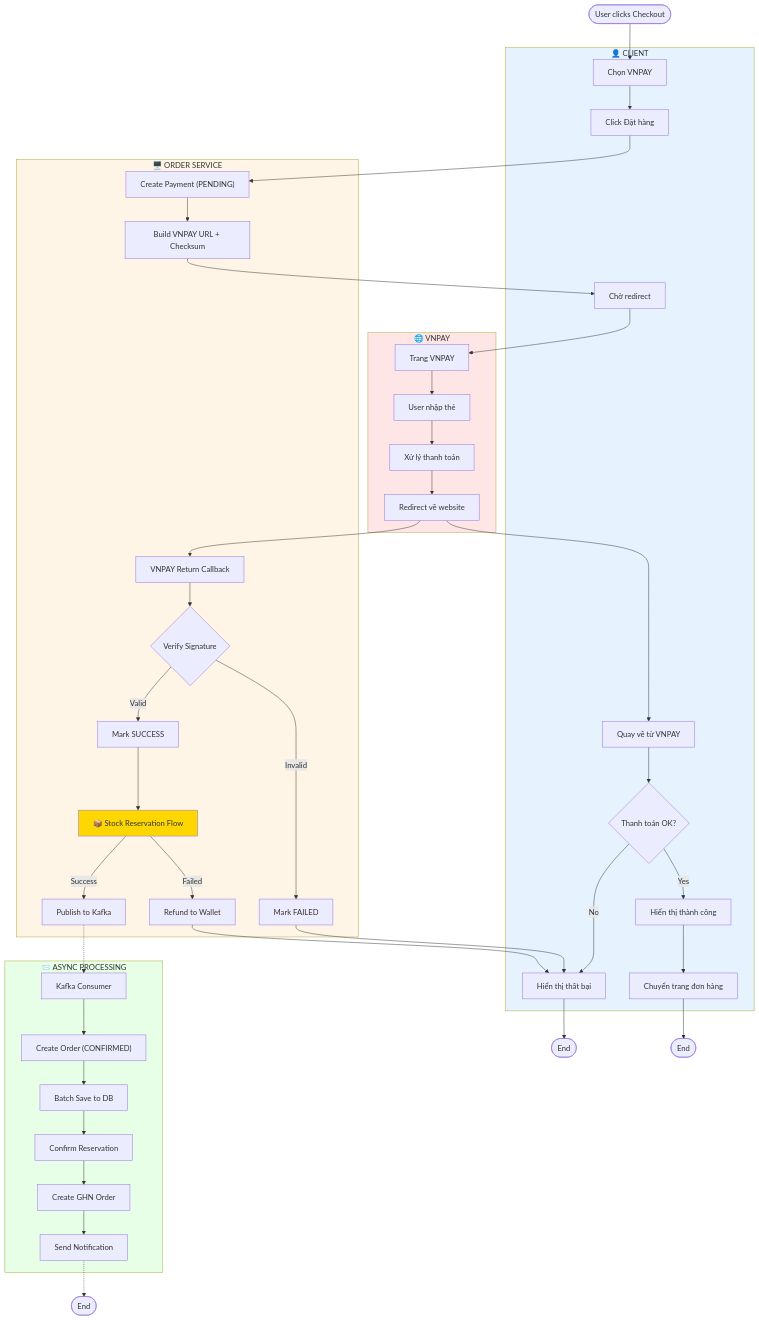
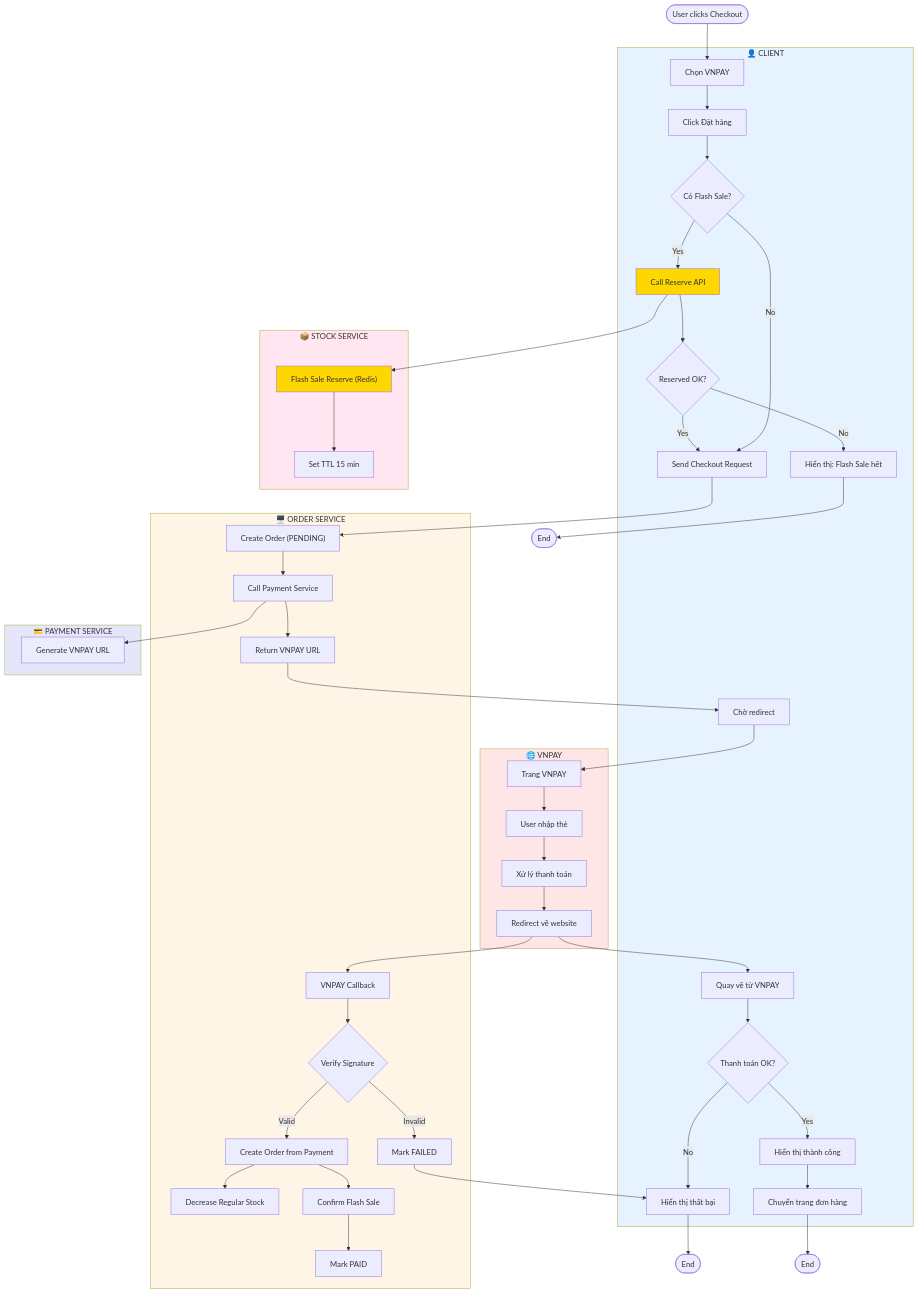
One commit to ThuanNgcodelor/VibeX-E-Commerce changed the second of 6 diagrams in documents/activity/CHECKOUT_ACTIVITY.md. Above: the diagram before and after it, drawn with Mermaid. The commit also changed other lines of this file and 20 other files, not shown here.

First line of the commit message:
Update FlashSale

````diff
--- a/documents/activity/CHECKOUT_ACTIVITY.md
+++ b/documents/activity/CHECKOUT_ACTIVITY.md
@@ -82,59 +94,68 @@
 ```mermaid
 flowchart TD
     Start([User clicks Checkout]) --> SelectVNPAY[Chọn VNPAY]
     
     subgraph Client["👤 CLIENT"]
         SelectVNPAY --> ClickOrder[Click Đặt hàng]
+        
+        ClickOrder --> ReserveFS{Có Flash Sale?}
+        ReserveFS -->|Yes| CallReserve[Call Reserve API]
+        CallReserve --> CheckReserve{Reserved OK?}
+        CheckReserve -->|No| ShowFSError[Hiển thị: Flash Sale hết]
+        CheckReserve -->|Yes| SendCheckout
+        ReserveFS -->|No| SendCheckout[Send Checkout Request]
+        
         WaitRedirect[Chờ redirect]
         ReturnFromVNPAY[Quay về từ VNPAY]
         ReturnFromVNPAY --> CheckResult{Thanh toán OK?}
         CheckResult -->|No| ShowFailed[Hiển thị thất bại]
         CheckResult -->|Yes| ShowSuccess[Hiển thị thành công]
         ShowSuccess --> NavigateOrders[Chuyển trang đơn hàng]
     end
     
+    subgraph StockService["📦 STOCK SERVICE"]
+        CallReserve --> FSReserve["Flash Sale Reserve (Redis)"]
+        FSReserve --> SetTTL["Set TTL 15 min"]
+    end
+    
     subgraph OrderService["🖥️ ORDER SERVICE"]
-        ClickOrder --> CreatePayment["Create Payment (PENDING)"]
-        CreatePayment --> BuildURL[Build VNPAY URL + Checksum]
-        BuildURL --> WaitRedirect
+        SendCheckout --> CreateOrder["Create Order (PENDING)"]
+        CreateOrder --> CallPayment[Call Payment Service]
+        CallPayment --> ReturnURL[Return VNPAY URL]
         
-        ReturnCallback[VNPAY Return Callback]
+        ReturnCallback[VNPAY Callback]
         ReturnCallback --> VerifySign{Verify Signature}
         VerifySign -->|Invalid| MarkFailed[Mark FAILED]
-        VerifySign -->|Valid| MarkSuccess[Mark SUCCESS]
-        
-        MarkSuccess --> StockReserve["📦 Stock Reservation Flow"]
-        StockReserve -->|Success| PublishKafka[Publish to Kafka]
-        StockReserve -->|Failed| RefundPayment[Refund to Wallet]
+        VerifySign -->|Valid| CreateFromPayment["Create Order from Payment"]
+        CreateFromPayment --> DecrStock["Decrease Regular Stock"]
+        CreateFromPayment --> ConfirmFS["Confirm Flash Sale"]
+        ConfirmFS --> MarkSuccess[Mark PAID]
+    end
+    
+    subgraph PaymentService["💳 PAYMENT SERVICE"]
+        CallPayment --> GenURL[Generate VNPAY URL]
     end
     
     subgraph VNPAY["🌐 VNPAY"]
+        ReturnURL --> WaitRedirect
         WaitRedirect --> VNPAYPage[Trang VNPAY]
         VNPAYPage --> UserPay[User nhập thẻ]
         UserPay --> ProcessPay[Xử lý thanh toán]
         ProcessPay --> RedirectBack[Redirect về website]
         RedirectBack --> ReturnCallback
         RedirectBack --> ReturnFromVNPAY
     end
     
-    subgraph KafkaConsumer["📨 ASYNC PROCESSING"]
-        PublishKafka -.-> Consumer[Kafka Consumer]
-        Consumer --> CreateOrder["Create Order (CONFIRMED)"]
-        CreateOrder --> SaveDB[Batch Save to DB]
-        SaveDB --> ConfirmStock[Confirm Reservation]
-        ConfirmStock --> CreateGHN[Create GHN Order]
-        CreateGHN --> Notify[Send Notification]
-    end
-    
     MarkFailed --> ShowFailed
-    RefundPayment --> ShowFailed
     ShowFailed --> EndFail([End])
+    ShowFSError --> EndFS([End])
     NavigateOrders --> EndOK([End])
-    Notify -.-> EndAsync([End])
     
     style Client fill:#e6f3ff
     style OrderService fill:#fff5e6
+    style StockService fill:#ffe6f0
     style VNPAY fill:#ffe6e6
-    style KafkaConsumer fill:#e6ffe6
-    style StockReserve fill:#FFD700
+    style PaymentService fill:#e6e6fa
+    style FSReserve fill:#FFD700
+    style CallReserve fill:#FFD700
 ```
````
